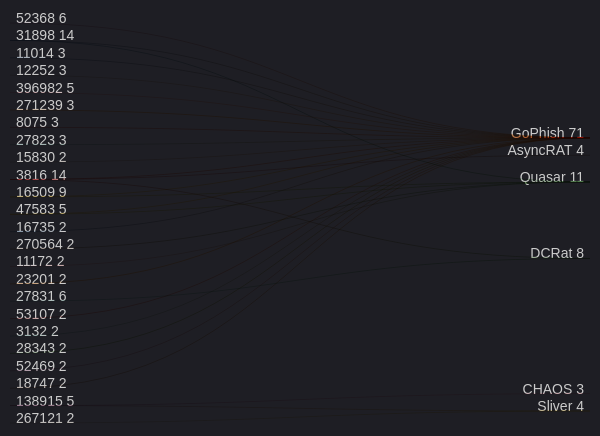
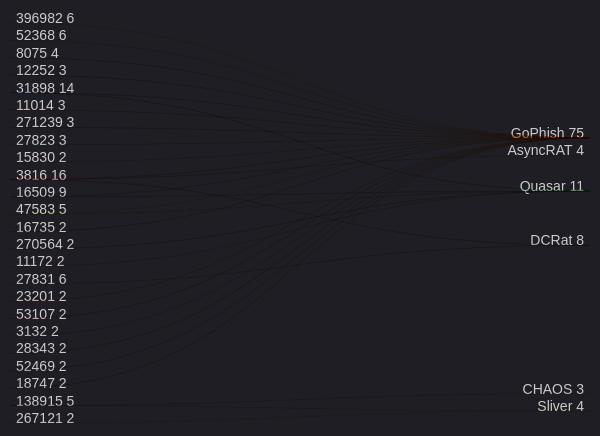
Before and after one commit to ZoqueLabs/website: the sixth of 8 diagrams in zolim.md, drawn with Mermaid. The commit also changed other lines of this file, not shown here.

````diff
--- a/zolim.md
+++ b/zolim.md
@@ -154,38 +154,38 @@
 ```mermaid
 ---
 config:
   theme: dark
 ---
 %% ASN → Threat (top)
 sankey-beta
   31898,GoPhish,12
-  3816,GoPhish,8
+  3816,GoPhish,10
   27831,DCRat,6
+  396982,GoPhish,6
   16509,GoPhish,6
   52368,GoPhish,6
-  396982,GoPhish,5
+  8075,GoPhish,4
   3816,AsyncRAT,4
   12252,GoPhish,3
   11014,GoPhish,3
   271239,GoPhish,3
-  8075,GoPhish,3
   27823,GoPhish,3
   16509,Quasar,3
   47583,GoPhish,3
   138915,CHAOS,3
   270564,Quasar,2
   15830,GoPhish,2
   16735,GoPhish,2
   23201,GoPhish,2
   53107,GoPhish,2
   3132,GoPhish,2
   28343,GoPhish,2
   138915,Sliver,2
   52469,GoPhish,2
   47583,Quasar,2
   11172,Quasar,2
   31898,Quasar,2
   3816,DCRat,2
   18747,GoPhish,2
   267121,Sliver,2
 ```
````
